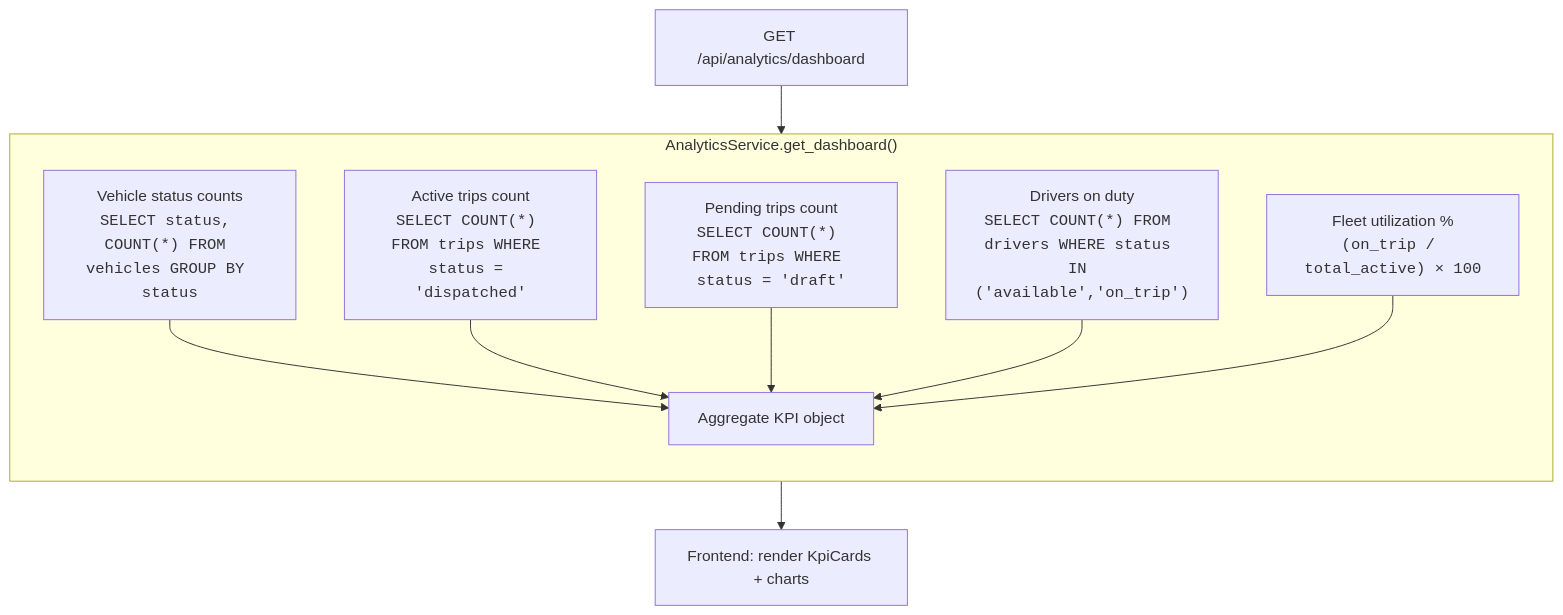
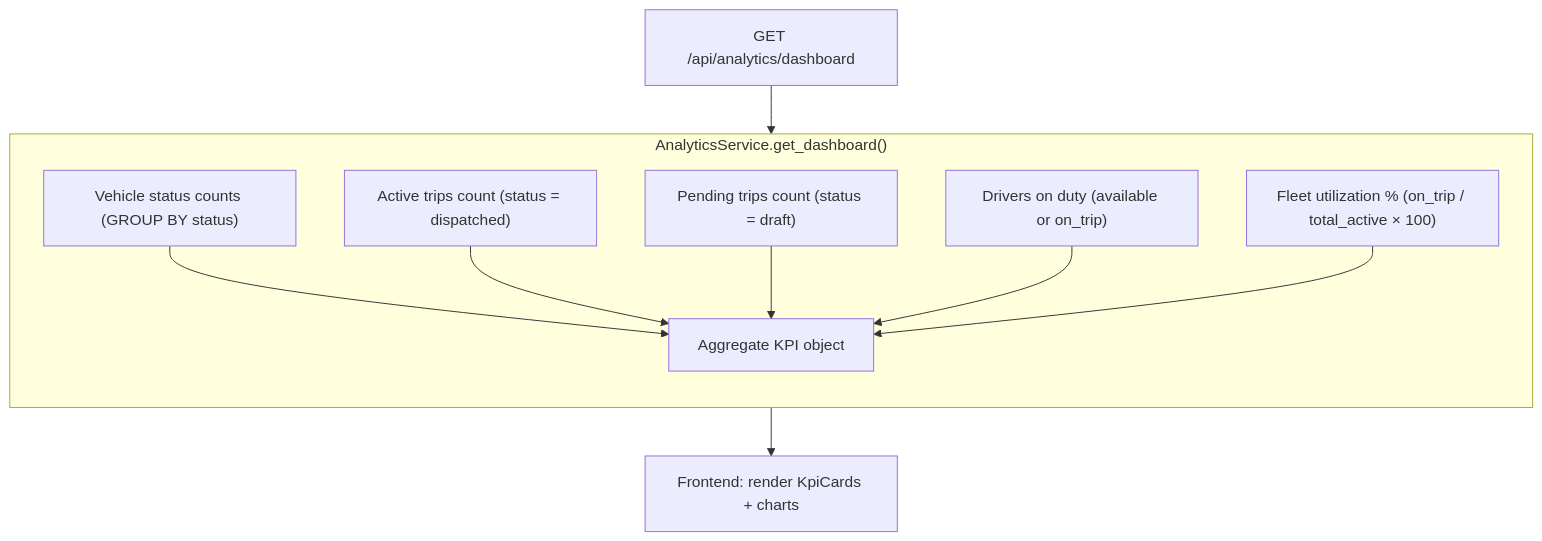
One commit to ShyamalKacha/TransitOps changed the ninth of 9 diagrams in TRANSITOPS_DESIGN.md. Above: the diagram before and after it, drawn with Mermaid. The commit also changed other lines of this file, not shown here.

````diff
--- a/TRANSITOPS_DESIGN.md
+++ b/TRANSITOPS_DESIGN.md
@@ -879,22 +879,22 @@
 ```mermaid
 flowchart TD
     A["GET /api/analytics/dashboard"] --> B
 
     subgraph B["AnalyticsService.get_dashboard()"]
         direction TB
-        Q1["Vehicle status counts<br/><code>SELECT status, COUNT(*) FROM vehicles GROUP BY status</code>"]
-        Q2["Active trips count<br/><code>SELECT COUNT(*) FROM trips WHERE status = 'dispatched'</code>"]
-        Q3["Pending trips count<br/><code>SELECT COUNT(*) FROM trips WHERE status = 'draft'</code>"]
-        Q4["Drivers on duty<br/><code>SELECT COUNT(*) FROM drivers WHERE status IN ('available','on_trip')</code>"]
-        Q5["Fleet utilization %<br/><code>(on_trip / total_active) × 100</code>"]
+        Q1["Vehicle status counts (GROUP BY status)"]
+        Q2["Active trips count (status = dispatched)"]
+        Q3["Pending trips count (status = draft)"]
+        Q4["Drivers on duty (available or on_trip)"]
+        Q5["Fleet utilization % (on_trip / total_active × 100)"]
 
         Q1 --> AGG
         Q2 --> AGG
         Q3 --> AGG
         Q4 --> AGG
         Q5 --> AGG
     end
 
     AGG["Aggregate KPI object"] --> C
     C["Frontend: render KpiCards + charts"]
 ```
````
